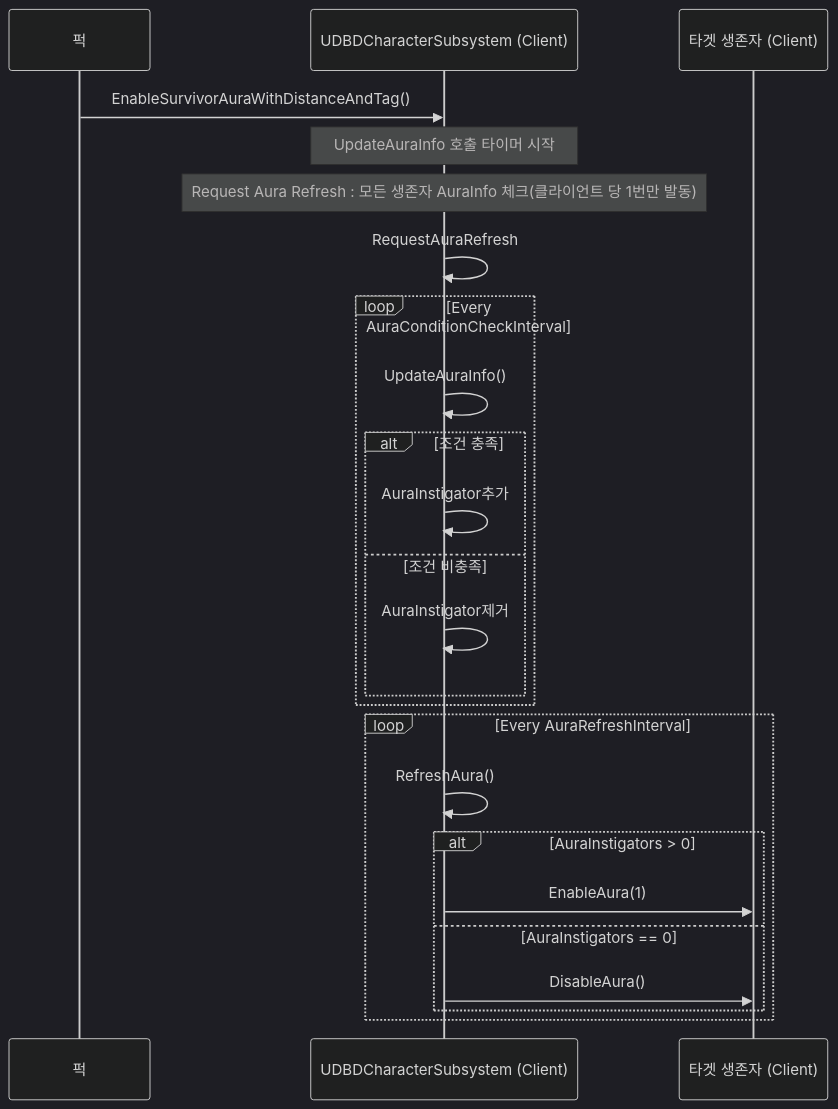
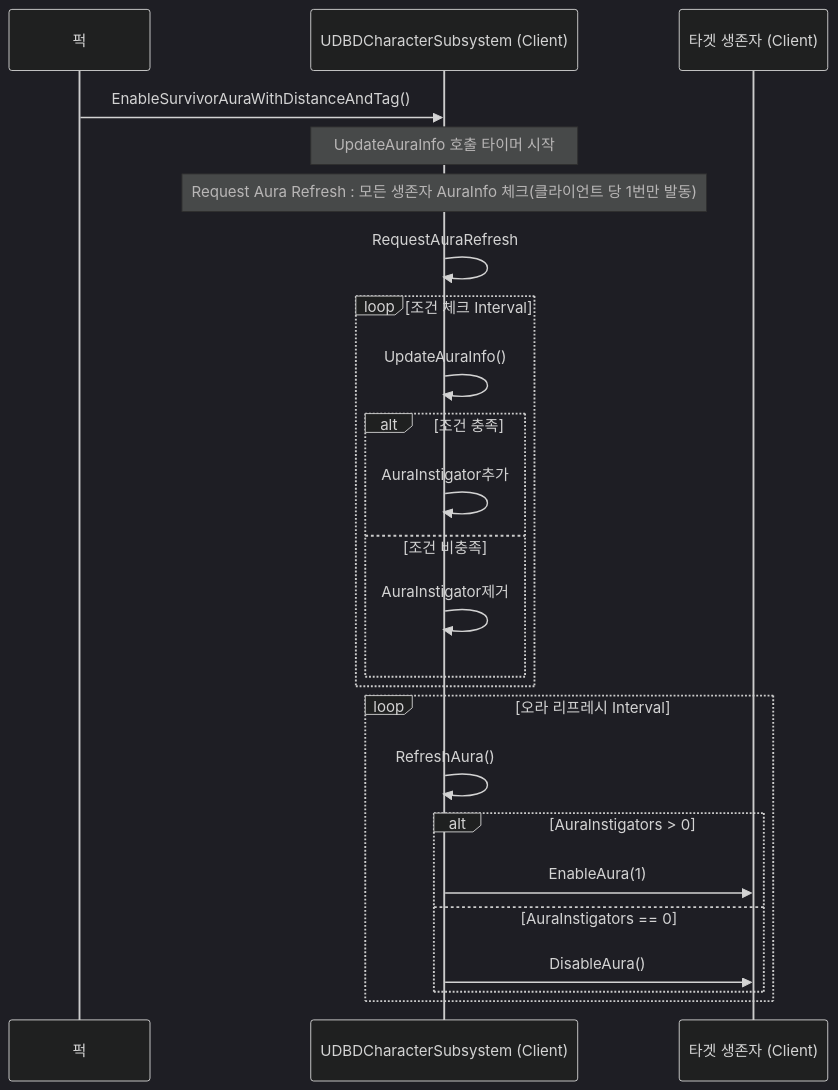
The fourth of 9 diagrams in README.md (jms3230/DBDProject), drawn with Mermaid (dark theme) before and after one commit.

````diff
--- a/README.md
+++ b/README.md
@@ -239,31 +239,31 @@
 ```mermaid
 sequenceDiagram
     participant Perk as 퍽
     participant Subsystem as UDBDCharacterSubsystem (Client)
     participant Target as 타겟 생존자 (Client)
 
     Perk->>Subsystem: EnableSurvivorAuraWithDistanceAndTag()
     note over Subsystem: UpdateAuraInfo 호출 타이머 시작
 
     note over Subsystem : Request Aura Refresh : 모든 생존자 AuraInfo 체크(클라이언트 당 1번만 발동)
     Subsystem->>Subsystem: RequestAuraRefresh
     
-    loop Every AuraConditionCheckInterval
+    loop 조건 체크 Interval
         Subsystem->>Subsystem: UpdateAuraInfo()
         alt 조건 충족
             Subsystem->>Subsystem: AuraInstigator추가
         else 조건 비충족
             Subsystem->>Subsystem: AuraInstigator제거
         end
     end
 
-    loop Every AuraRefreshInterval
+    loop 오라 리프레시 Interval
         Subsystem->>Subsystem: RefreshAura()
         
         alt AuraInstigators > 0
             Subsystem->>Target: EnableAura(1)
         else AuraInstigators == 0
             Subsystem->>Target: DisableAura()
         end
     end
 ```
````
